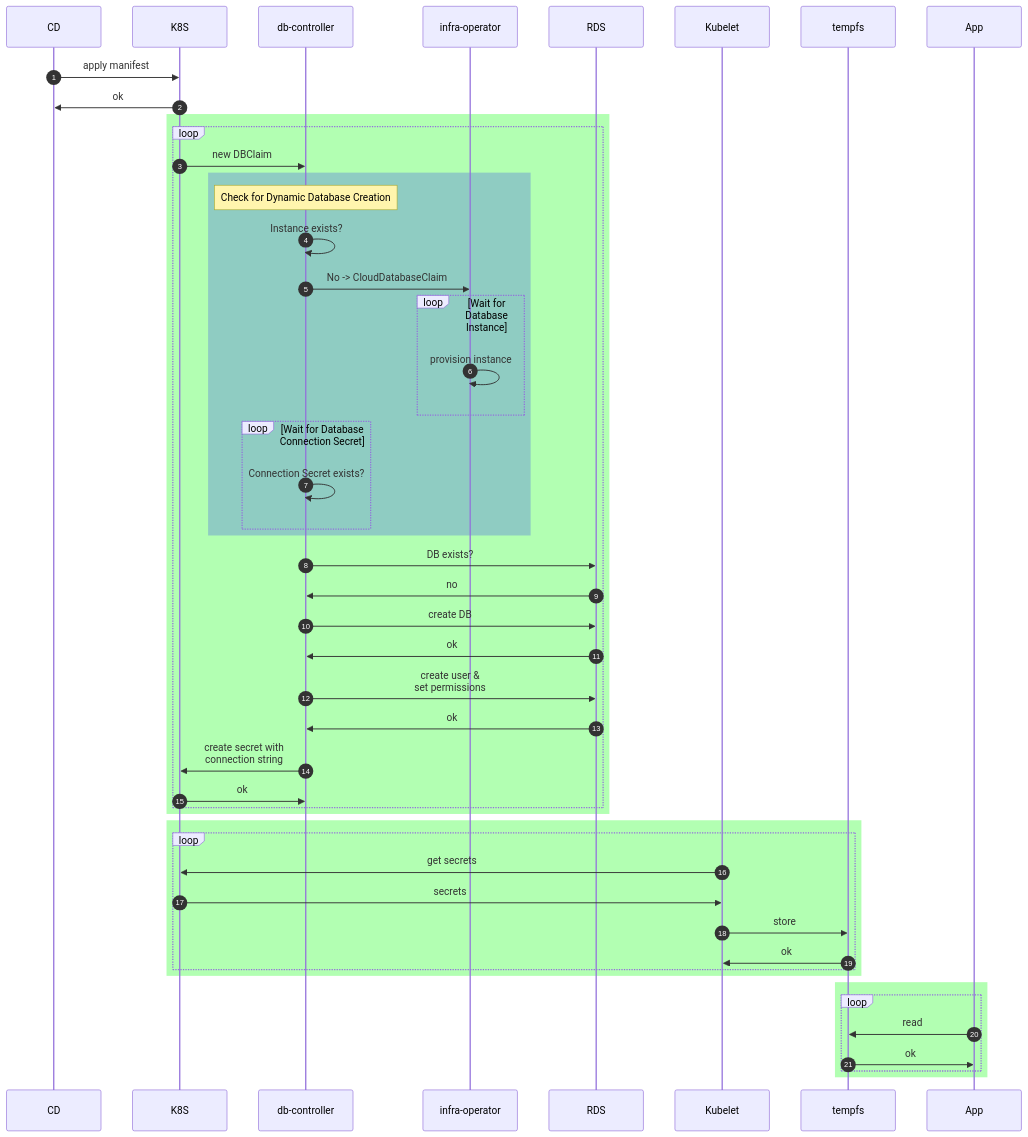
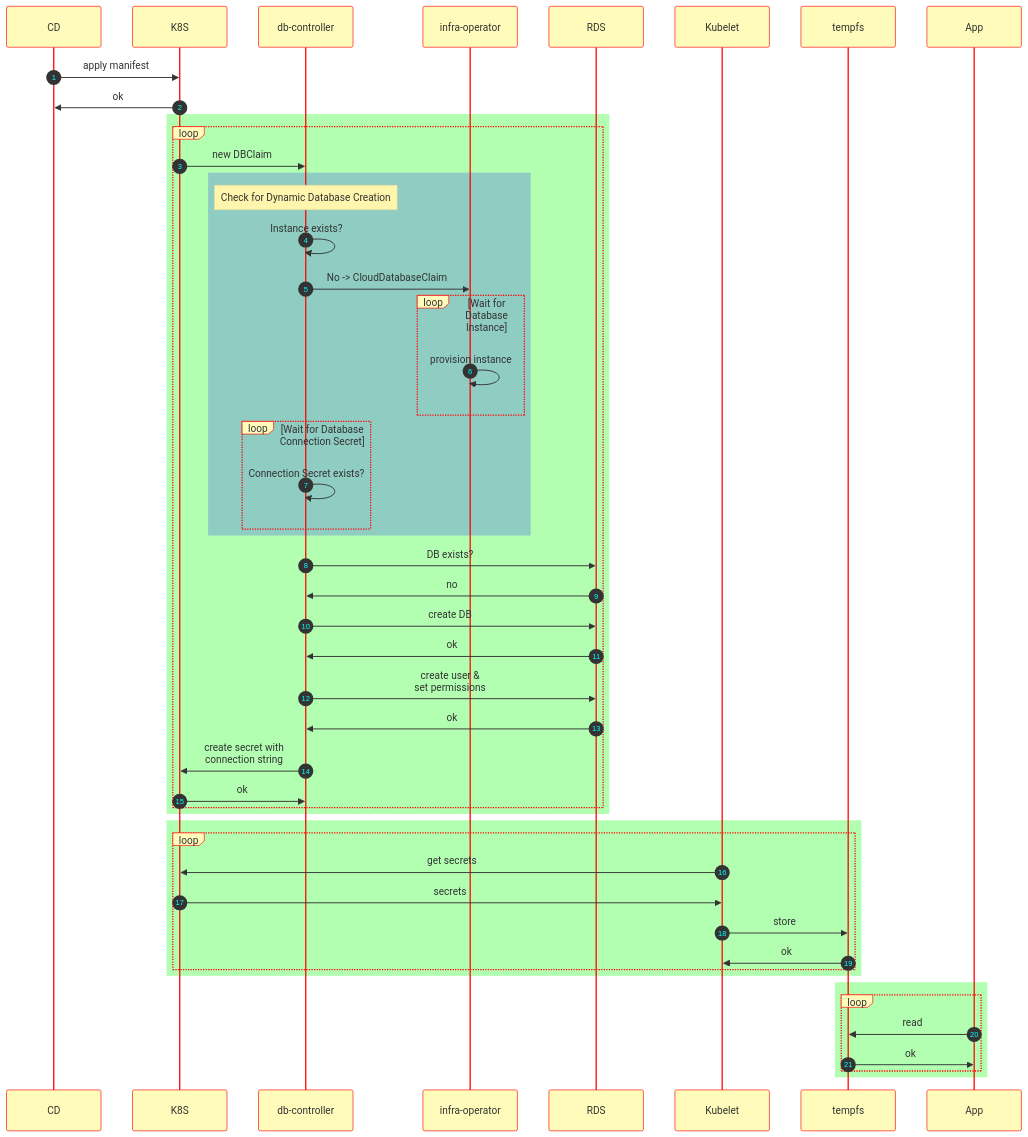
The first of 8 diagrams in docs/index.md (infobloxopen/db-controller), drawn with Mermaid before and after one commit. The commit also changed other lines of this file and 1 other file, not shown here.

Commit message:
Added doc styling to diagrams

````diff
--- a/docs/index.md
+++ b/docs/index.md
@@ -80,44 +80,45 @@
 ```mermaid
+%%{init: {'theme': 'base', 'themeVariables': { 'primaryColor': '#fffcbb', 'fontFamily': 'aerial', 'fontSize': '50px', 'lineColor': '#ff0000', 'primaryBorderColor': '#ff0000'}}}%%
   sequenceDiagram
     autonumber
     CD ->> K8S: apply manifest
     K8S ->> CD: ok
     rect rgb(0, 255, 0, .3)
         loop
             K8S->>db-controller: new DBClaim
             rect rgba(0, 0, 255, .2)
                 Note over db-controller: Check for Dynamic Database Creation 
                 db-controller->>db-controller: Instance exists?
                 db-controller->>infra-operator: No -> CloudDatabaseClaim
                 loop Wait for Database Instance
                     infra-operator->>infra-operator: provision instance
                 end
                 loop Wait for Database Connection Secret
                     db-controller->>db-controller: Connection Secret exists?
                 end
             end
             db-controller->>RDS: DB exists?
             RDS->>db-controller: no
             db-controller->>RDS: create DB
             RDS->>db-controller: ok
             db-controller->>RDS: create user &<br/> set permissions
             RDS->>db-controller: ok
             db-controller->>K8S: create secret with<br/> connection string
             K8S->>db-controller: ok
         end
     end
     rect rgb(0, 255, 0, .3)
         loop
             Kubelet->>K8S: get secrets
             K8S->>Kubelet: secrets
             Kubelet->>tempfs: store
             tempfs->>Kubelet: ok
         end
     end
     rect rgb(0, 255, 0, .3)
         loop
             App->>tempfs: read
             tempfs->>App: ok
         end
     end
 ```
````
